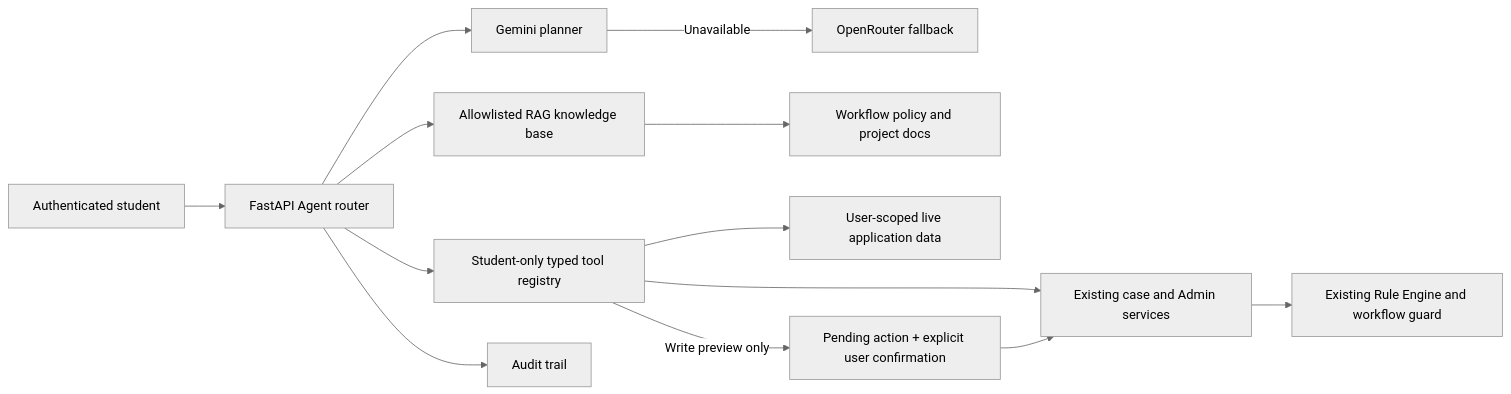
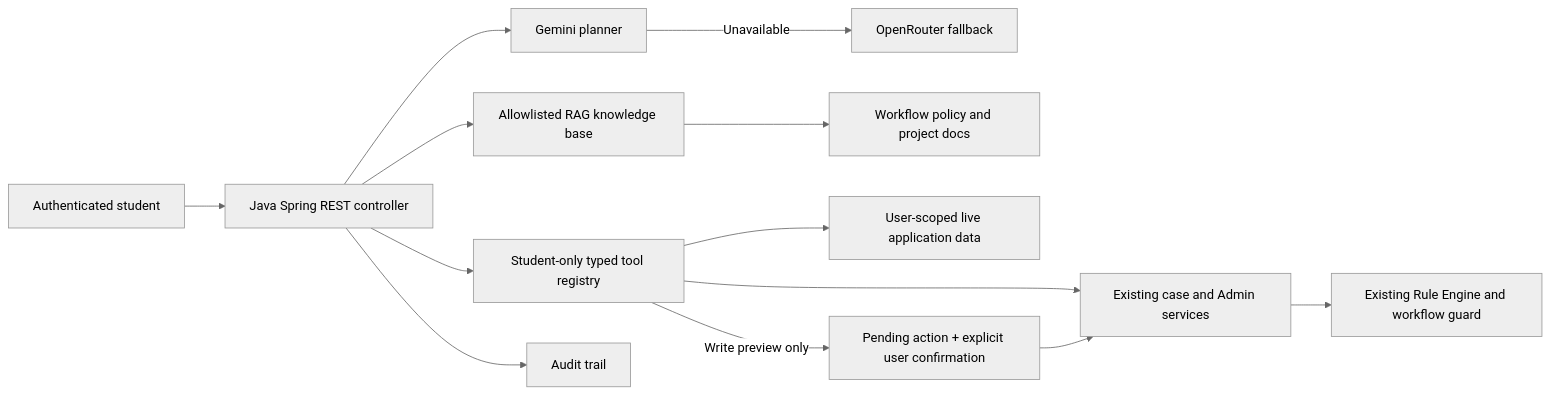
The second of 2 diagrams in EDUASSISTANT/docs/architecture/ARCHITECTURE.md (LeDucThinh203/MLAI), drawn with Mermaid (neutral theme) before and after one commit. The commit also changed other lines of this file and 166 other files, not shown here.

````diff
--- a/EDUASSISTANT/docs/architecture/ARCHITECTURE.md
+++ b/EDUASSISTANT/docs/architecture/ARCHITECTURE.md
@@ -80,15 +80,15 @@
 ```mermaid
 flowchart LR
-    Student[Authenticated student] --> Agent[FastAPI Agent router]
+    Student[Authenticated student] --> Agent[Java Spring REST controller]
     Agent --> Planner[Gemini planner]
     Planner -->|Unavailable| Router[OpenRouter fallback]
     Agent --> RAG[Allowlisted RAG knowledge base]
     RAG --> Docs[Workflow policy and project docs]
     Agent --> Tools[Student-only typed tool registry]
     Tools --> Data[User-scoped live application data]
     Tools --> Existing[Existing case and Admin services]
     Existing --> Rules[Existing Rule Engine and workflow guard]
     Tools -->|Write preview only| Pending[Pending action + explicit user confirmation]
     Pending --> Existing
     Agent --> Audit[Audit trail]
 ```
````
